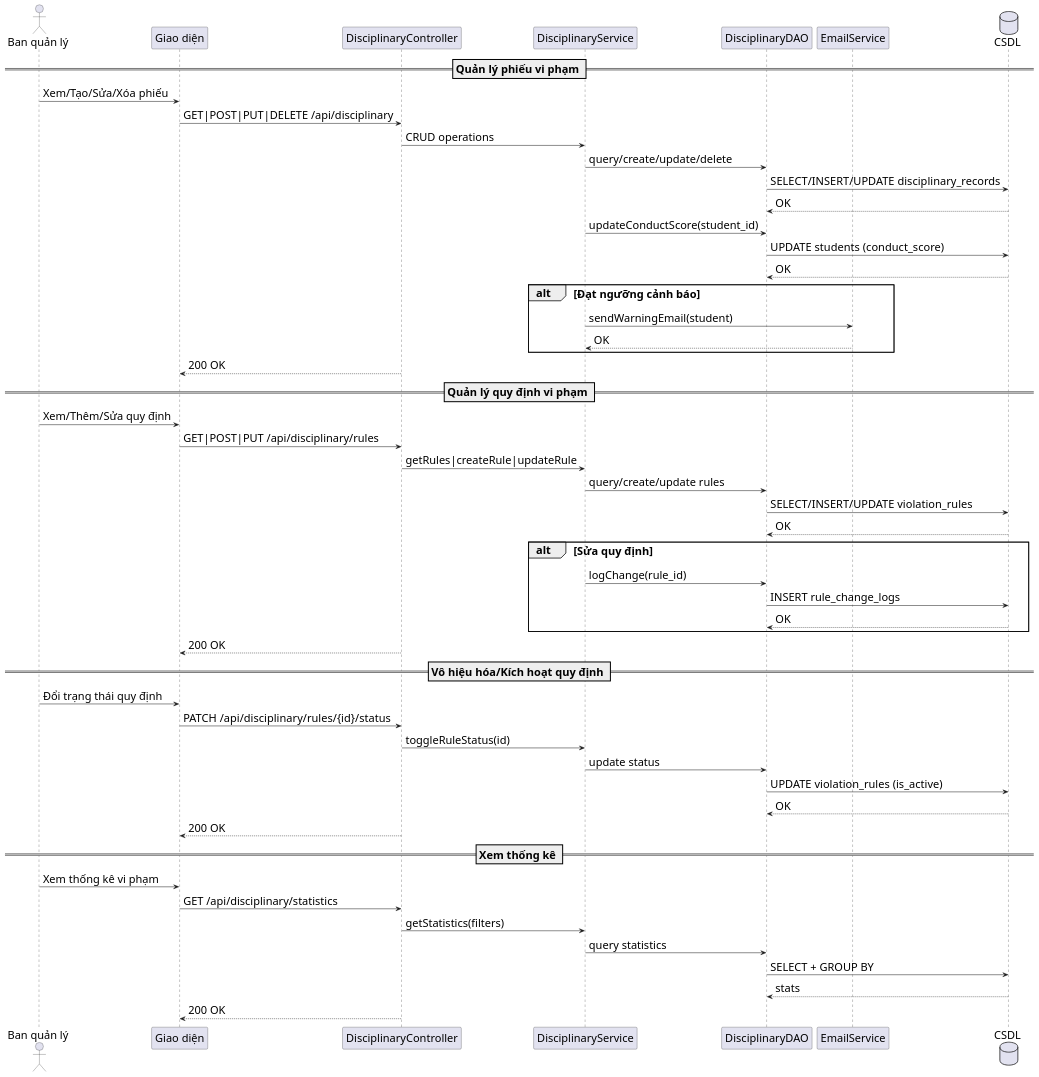
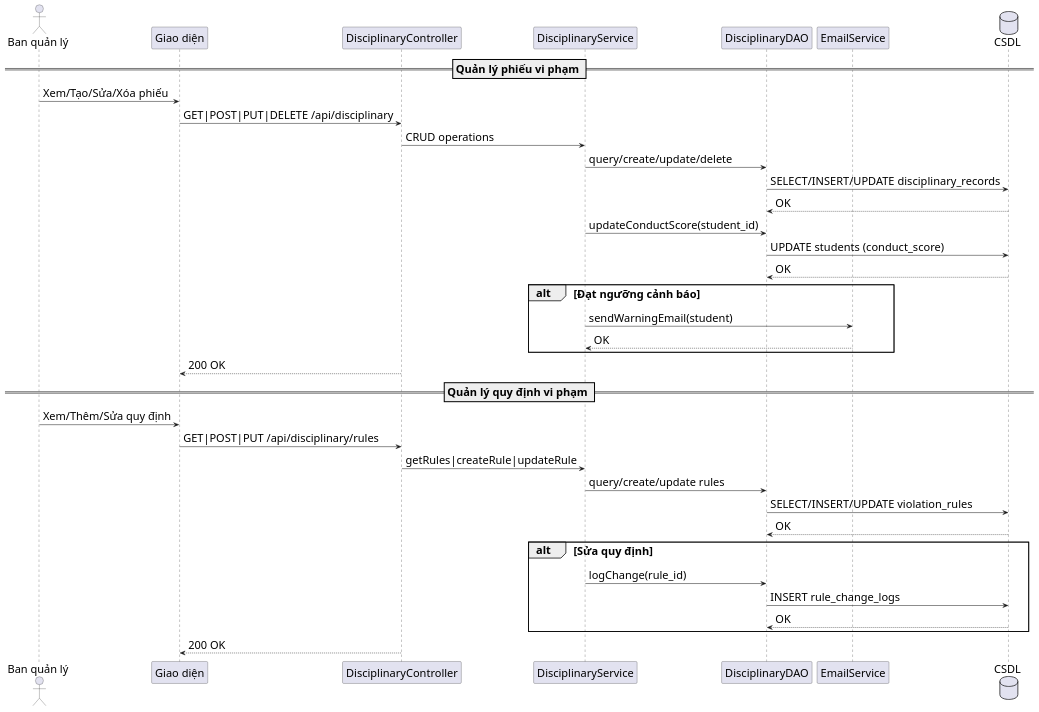
Before and after one commit to s0nbuildtech287/dormitory-frontend: the diagram in diagrams/nhomkyluat/discipline_management_sequence.puml, drawn with PlantUML. The commit also changed 1 other file, not shown here.

```diff
--- a/diagrams/nhomkyluat/discipline_management_sequence.puml
+++ b/diagrams/nhomkyluat/discipline_management_sequence.puml
@@ -1,62 +1,44 @@
 @startuml "Discipline Management Sequence"
 skinparam defaultFontSize 22
 skinparam defaultFontName "Times New Roman"
 skinparam sequenceMessageSize 28
 
 actor "Ban quản lý" as Admin
 participant "Giao diện" as FE
 participant "DisciplinaryController" as DC
 participant "DisciplinaryService" as DS
 participant "DisciplinaryDAO" as DDAO
 participant "EmailService" as Email
 database "CSDL" as DB
 
 == Quản lý phiếu vi phạm ==
 Admin -> FE: Xem/Tạo/Sửa/Xóa phiếu
 FE -> DC: GET|POST|PUT|DELETE /api/disciplinary
 DC -> DS: CRUD operations
 DS -> DDAO: query/create/update/delete
 DDAO -> DB: SELECT/INSERT/UPDATE disciplinary_records
 DB --> DDAO: OK
 DS -> DDAO: updateConductScore(student_id)
 DDAO -> DB: UPDATE students (conduct_score)
 DB --> DDAO: OK
 alt Đạt ngưỡng cảnh báo
   DS -> Email: sendWarningEmail(student)
   Email --> DS: OK
 end
 DC --> FE: 200 OK
 
 == Quản lý quy định vi phạm ==
 Admin -> FE: Xem/Thêm/Sửa quy định
 FE -> DC: GET|POST|PUT /api/disciplinary/rules
 DC -> DS: getRules|createRule|updateRule
 DS -> DDAO: query/create/update rules
 DDAO -> DB: SELECT/INSERT/UPDATE violation_rules
 DB --> DDAO: OK
 alt Sửa quy định
   DS -> DDAO: logChange(rule_id)
   DDAO -> DB: INSERT rule_change_logs
   DB --> DDAO: OK
 end
 DC --> FE: 200 OK
 
-== Vô hiệu hóa/Kích hoạt quy định ==
-Admin -> FE: Đổi trạng thái quy định
-FE -> DC: PATCH /api/disciplinary/rules/{id}/status
-DC -> DS: toggleRuleStatus(id)
-DS -> DDAO: update status
-DDAO -> DB: UPDATE violation_rules (is_active)
-DB --> DDAO: OK
-DC --> FE: 200 OK
-
-== Xem thống kê ==
-Admin -> FE: Xem thống kê vi phạm
-FE -> DC: GET /api/disciplinary/statistics
-DC -> DS: getStatistics(filters)
-DS -> DDAO: query statistics
-DDAO -> DB: SELECT + GROUP BY
-DB --> DDAO: stats
-DC --> FE: 200 OK
-
 @enduml
```
